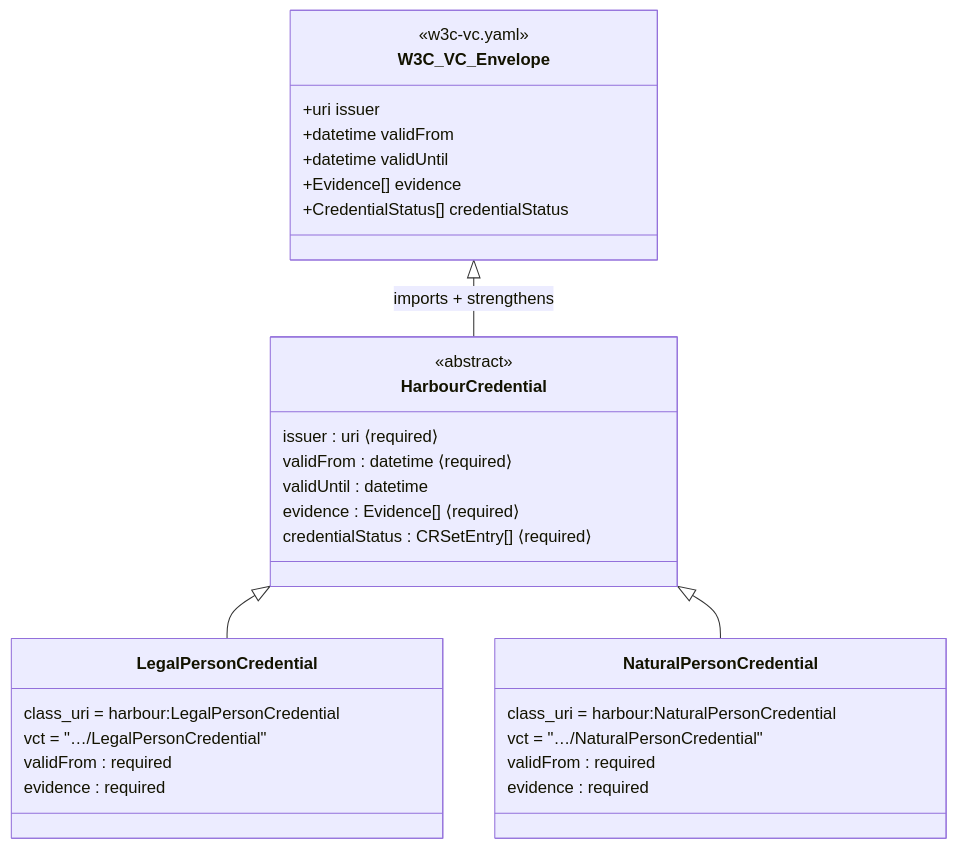
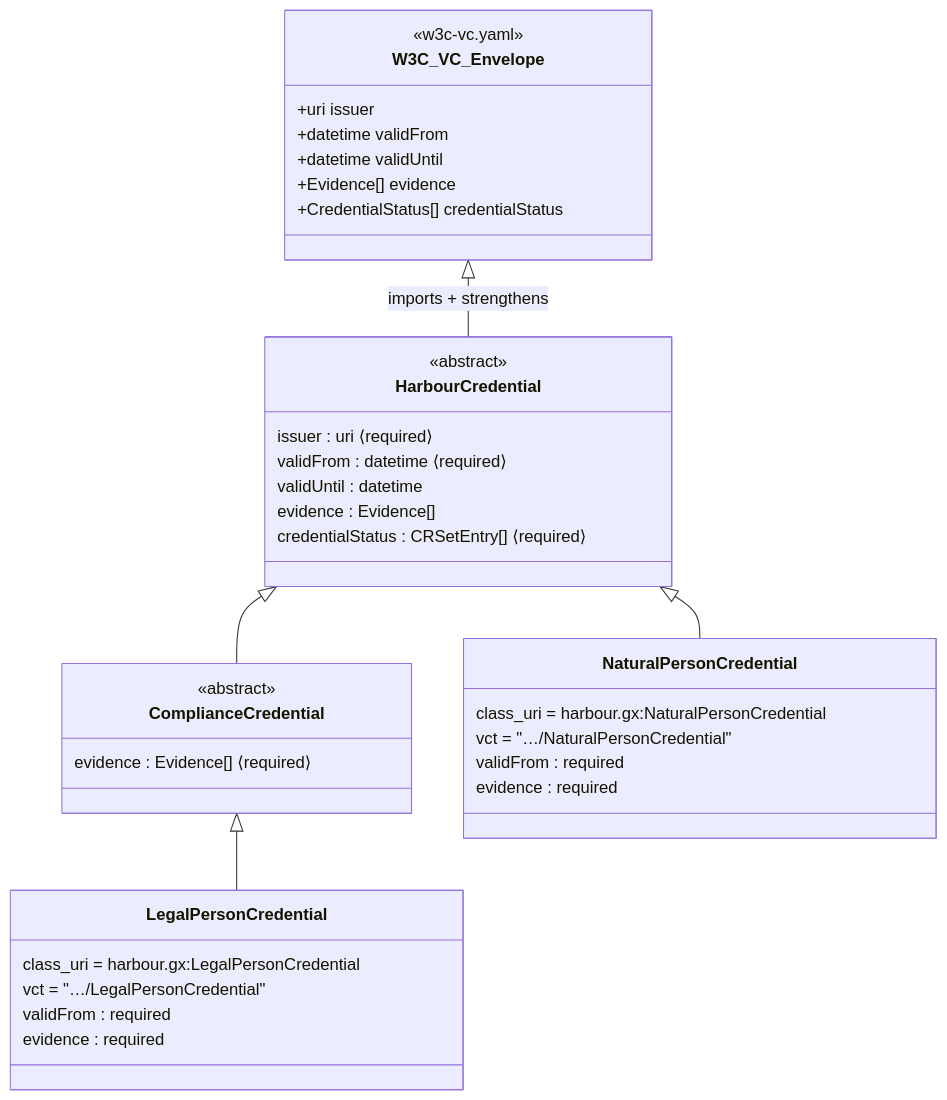
Before and after one commit to reachhaven/harbour-credentials: the second of 8 diagrams in docs/schema/credential-model.md, drawn with Mermaid. The commit also changed other lines of this file and 48 other files, not shown here.

First line of the commit message:
feat(linkml): Gaia-X compliance model, delegation schema, spec references

````diff
--- a/docs/schema/credential-model.md
+++ b/docs/schema/credential-model.md
@@ -43,38 +43,44 @@
 ```mermaid
 classDiagram
     class W3C_VC_Envelope {
         <<w3c-vc.yaml>>
         +uri issuer
         +datetime validFrom
         +datetime validUntil
         +Evidence[] evidence
         +CredentialStatus[] credentialStatus
     }
 
     class HarbourCredential {
         <<abstract>>
         issuer : uri ⟨required⟩
         validFrom : datetime ⟨required⟩
         validUntil : datetime
-        evidence : Evidence[] ⟨required⟩
+        evidence : Evidence[]
         credentialStatus : CRSetEntry[] ⟨required⟩
     }
 
+    class ComplianceCredential {
+        <<abstract>>
+        evidence : Evidence[] ⟨required⟩
+    }
+
     class LegalPersonCredential {
-        class_uri = harbour:LegalPersonCredential
+        class_uri = harbour.gx:LegalPersonCredential
         vct = "…/LegalPersonCredential"
         validFrom : required
         evidence : required
     }
 
     class NaturalPersonCredential {
-        class_uri = harbour:NaturalPersonCredential
+        class_uri = harbour.gx:NaturalPersonCredential
         vct = "…/NaturalPersonCredential"
         validFrom : required
         evidence : required
     }
 
     W3C_VC_Envelope <|-- HarbourCredential : imports + strengthens
-    HarbourCredential <|-- LegalPersonCredential
+    HarbourCredential <|-- ComplianceCredential
+    ComplianceCredential <|-- LegalPersonCredential
     HarbourCredential <|-- NaturalPersonCredential
 ```
````
